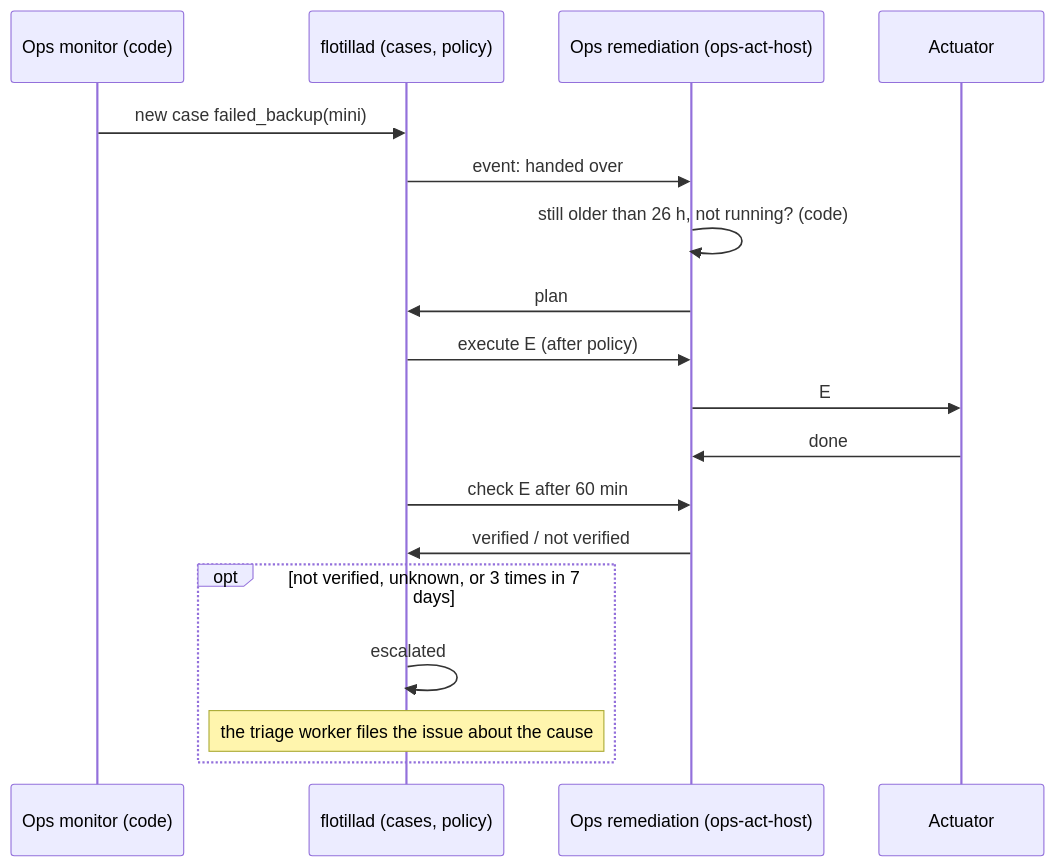
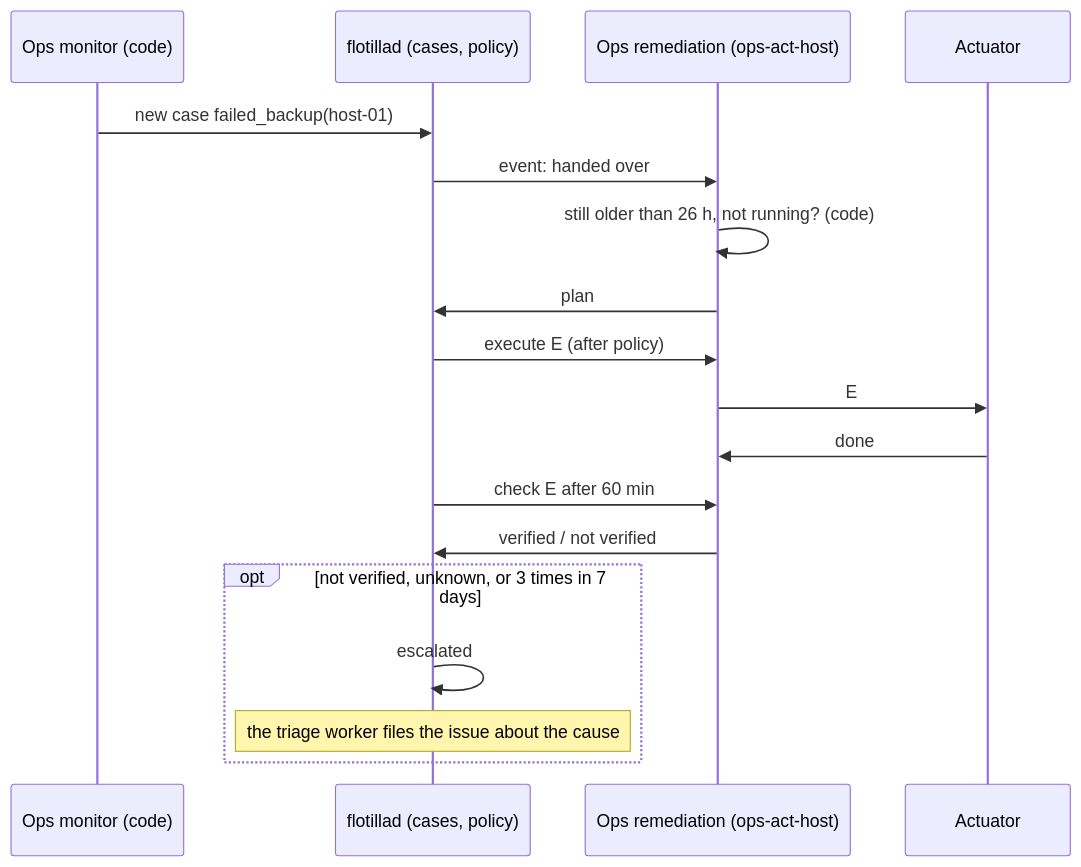
Before and after one commit to chipi/flotilla: the sixth of 7 diagrams in docs/rfc/RFC-0004-agent-pipeline.md, drawn with Mermaid. The commit also changed other lines of this file and 90 other files, not shown here.

````diff
--- a/docs/rfc/RFC-0004-agent-pipeline.md
+++ b/docs/rfc/RFC-0004-agent-pipeline.md
@@ -463,20 +463,20 @@
 ```mermaid
 sequenceDiagram
     participant M as Ops monitor (code)
     participant F as flotillad (cases, policy)
     participant Rm as Ops remediation (ops-act-host)
     participant X as Actuator
-    M->>F: new case failed_backup(mini)
+    M->>F: new case failed_backup(host-01)
     F->>Rm: event: handed over
     Rm->>Rm: still older than 26 h, not running? (code)
     Rm->>F: plan
     F->>Rm: execute E (after policy)
     Rm->>X: E
     X->>Rm: done
     F->>Rm: check E after 60 min
     Rm->>F: verified / not verified
     opt not verified, unknown, or 3 times in 7 days
         F->>F: escalated
         Note over F: the triage worker files the issue about the cause
     end
 ```
````
